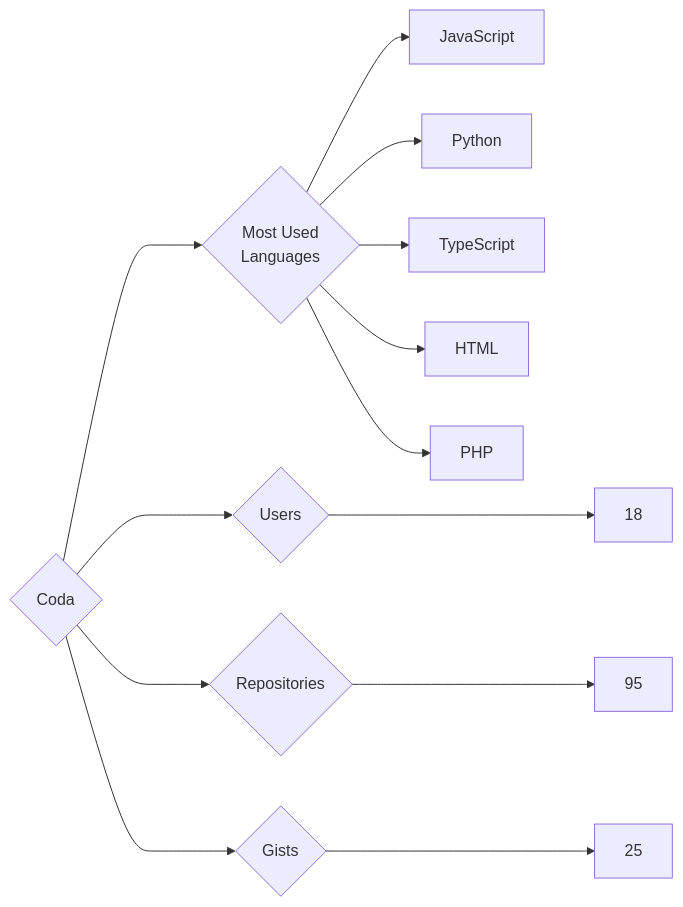
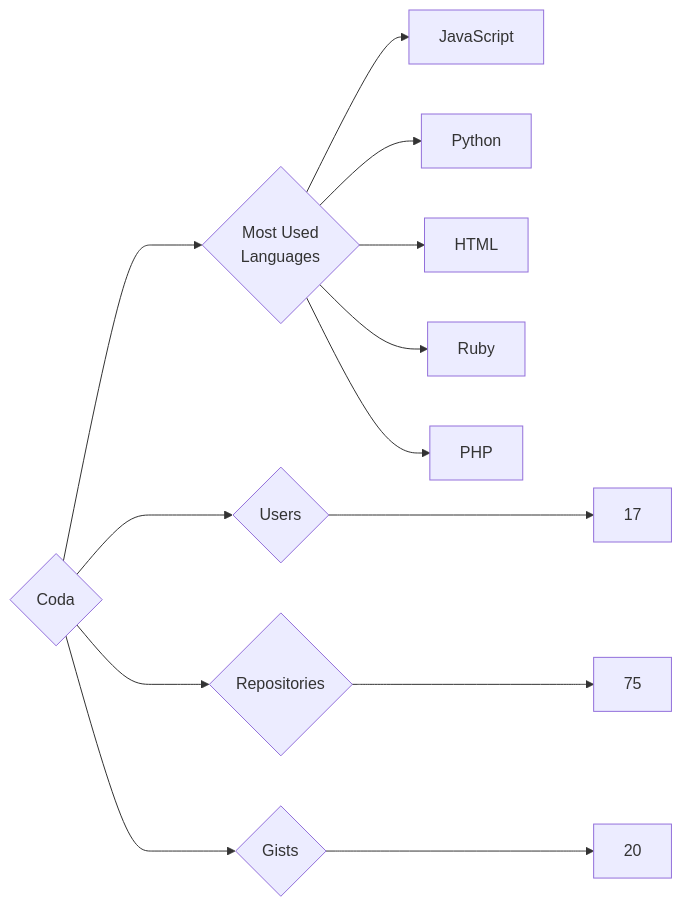
One commit to trickest/insiders changed the diagram in targets/Coda/README.md. Above: the diagram before and after it, drawn with Mermaid. The commit also changed 916 other files, not shown here.

````diff
--- a/targets/Coda/README.md
+++ b/targets/Coda/README.md
@@ -3,13 +3,13 @@
 ```mermaid
 graph LR
 COMPANY_NAME{Coda}
-COMPANY_NAME ---> U{Users} ---> UN[18]
-COMPANY_NAME ---> R{Repositories} ---> RN[95]
-COMPANY_NAME ---> G{Gists} ---> GN[25]
+COMPANY_NAME ---> U{Users} ---> UN[17]
+COMPANY_NAME ---> R{Repositories} ---> RN[75]
+COMPANY_NAME ---> G{Gists} ---> GN[20]
 COMPANY_NAME ---> ML{Most Used<br>Languages}
 ML --> JavaScript[JavaScript]
 ML --> Python[Python]
-ML --> TypeScript[TypeScript]
 ML --> HTML[HTML]
+ML --> Ruby[Ruby]
 ML --> PHP[PHP]
 ```
````
